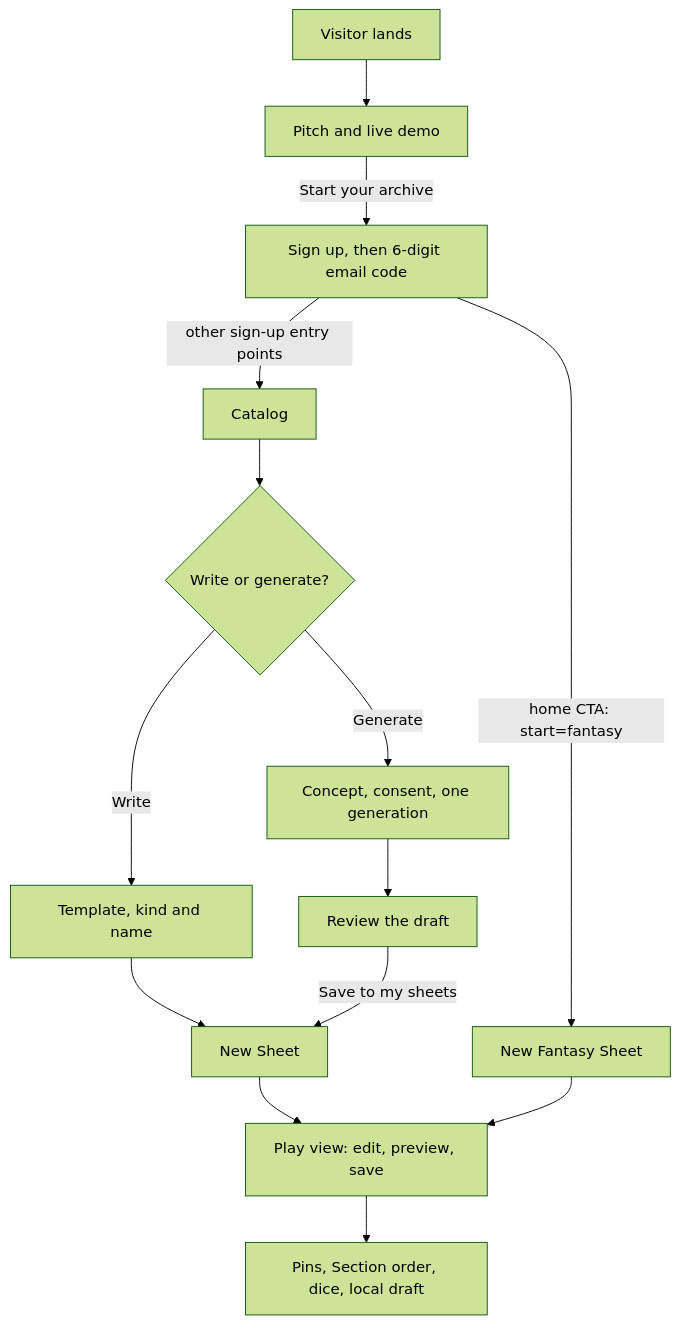
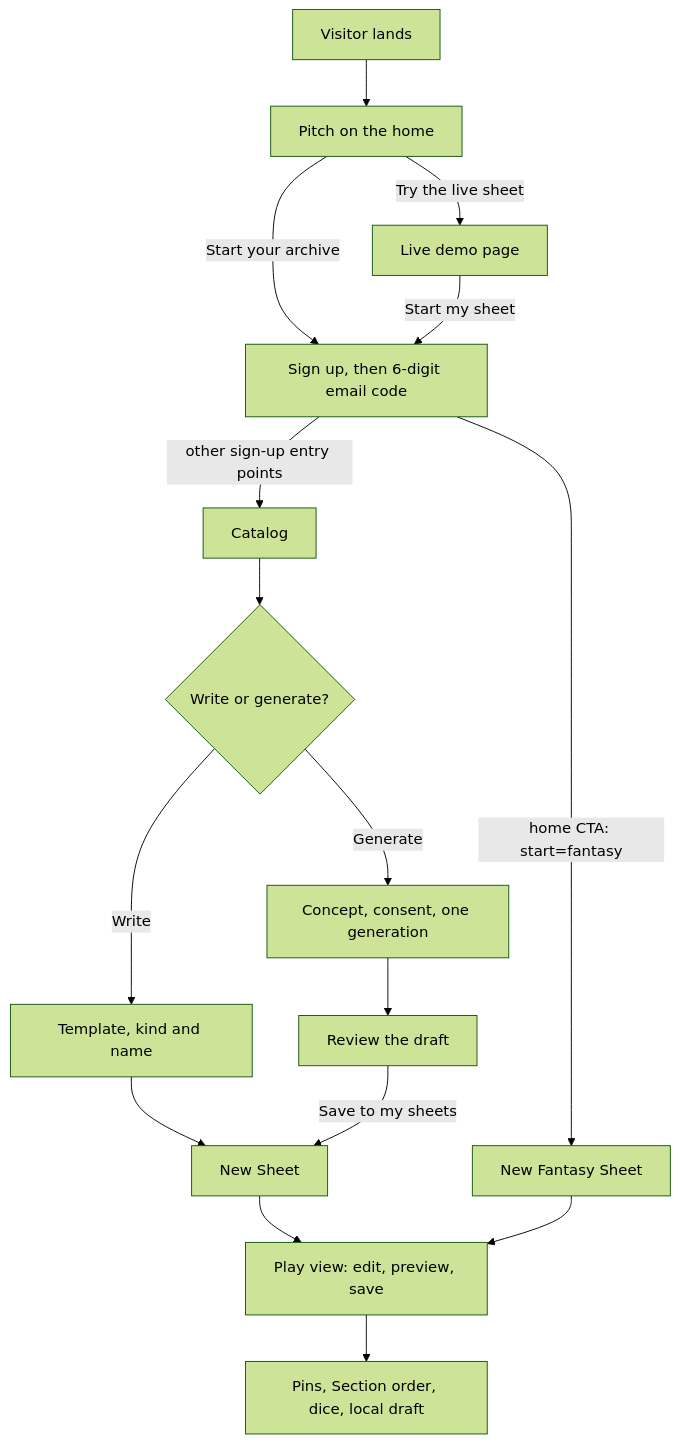
One commit to paulo-valleriote/legnaris changed the first of 2 diagrams in context/product.md. Above: the diagram before and after it, drawn with Mermaid (forest theme). The commit also changed other lines of this file and 15 other files, not shown here.

Commit message:
LGN-348: Move the live demo sheet to its own /demo page

````diff
--- a/context/product.md
+++ b/context/product.md
@@ -47,16 +47,18 @@
 ```mermaid
 flowchart TD
-  A[Visitor lands] --> B[Pitch and live demo]
+  A[Visitor lands] --> B[Pitch on the home]
+  B -->|Try the live sheet| L[Live demo page]
   B -->|Start your archive| C[Sign up, then 6-digit email code]
+  L -->|Start my sheet| C
   C -->|home CTA: start=fantasy| N[New Fantasy Sheet]
   C -->|other sign-up entry points| D[Catalog]
   D --> E{Write or generate?}
   E -->|Write| F[Template, kind and name]
   E -->|Generate| G[Concept, consent, one generation]
   G --> H[Review the draft]
   F --> I[New Sheet]
   H -->|Save to my sheets| I
   I --> J[Play view: edit, preview, save]
   N --> J
   J --> K[Pins, Section order, dice, local draft]
 ```
````
